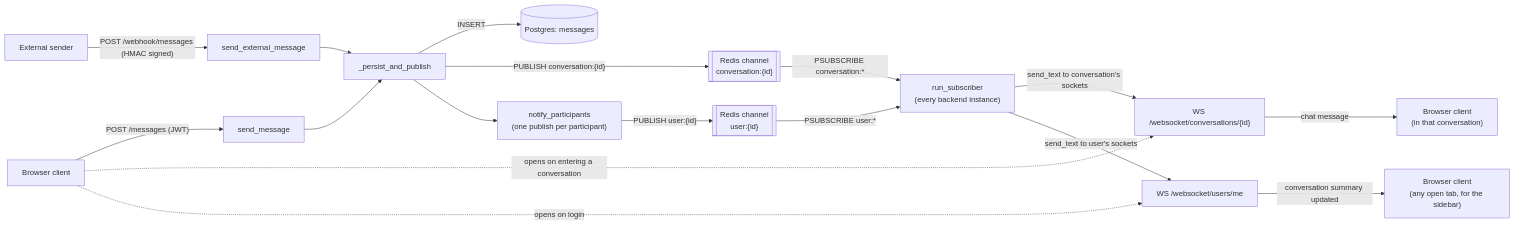
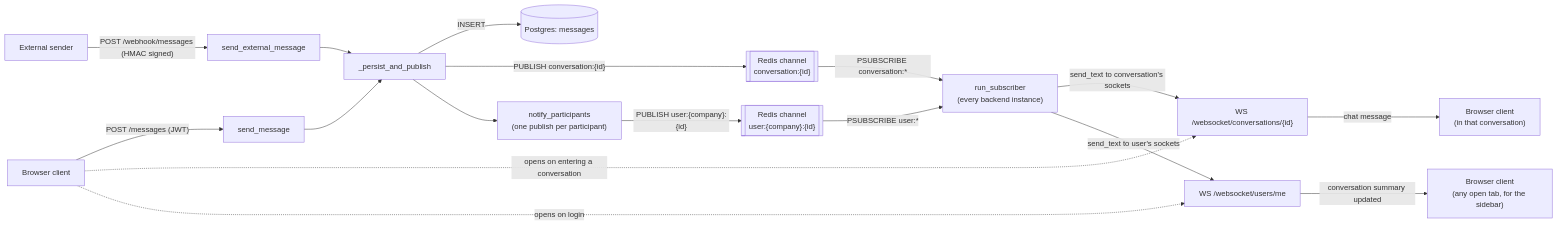
One commit to M4rrt/challenge-bwt changed the diagram in docs/architecture.md. Above: the diagram before and after it, drawn with Mermaid. The commit also changed other lines of this file and 19 other files, not shown here.

````diff
--- a/docs/architecture.md
+++ b/docs/architecture.md
@@ -14,28 +14,28 @@
 ```mermaid
 flowchart LR
     Client["Browser client"]
     External["External sender"]
 
     Client -->|"POST /messages (JWT)"| SendMsg["send_message"]
     External -->|"POST /webhook/messages (HMAC signed)"| SendExt["send_external_message"]
 
     SendMsg --> Persist["_persist_and_publish"]
     SendExt --> Persist
 
     Persist -->|INSERT| PG[("Postgres: messages")]
     Persist -->|"PUBLISH conversation:{id}"| ConvChannel[["Redis channel\nconversation:{id}"]]
     Persist --> Notify["notify_participants\n(one publish per participant)"]
-    Notify -->|"PUBLISH user:{id}"| UserChannel[["Redis channel\nuser:{id}"]]
+    Notify -->|"PUBLISH user:{company}:{id}"| UserChannel[["Redis channel\nuser:{company}:{id}"]]
 
     ConvChannel -->|"PSUBSCRIBE conversation:*"| Sub["run_subscriber\n(every backend instance)"]
     UserChannel -->|"PSUBSCRIBE user:*"| Sub
 
     Sub -->|"send_text to conversation's sockets"| ConvWS["WS /websocket/conversations/{id}"]
     Sub -->|"send_text to user's sockets"| UserWS["WS /websocket/users/me"]
 
     ConvWS -->|"chat message"| ClientA["Browser client\n(in that conversation)"]
     UserWS -->|"conversation summary updated"| ClientB["Browser client\n(any open tab, for the sidebar)"]
 
     Client -.->|"opens on entering a conversation"| ConvWS
     Client -.->|"opens on login"| UserWS
 ```
````
